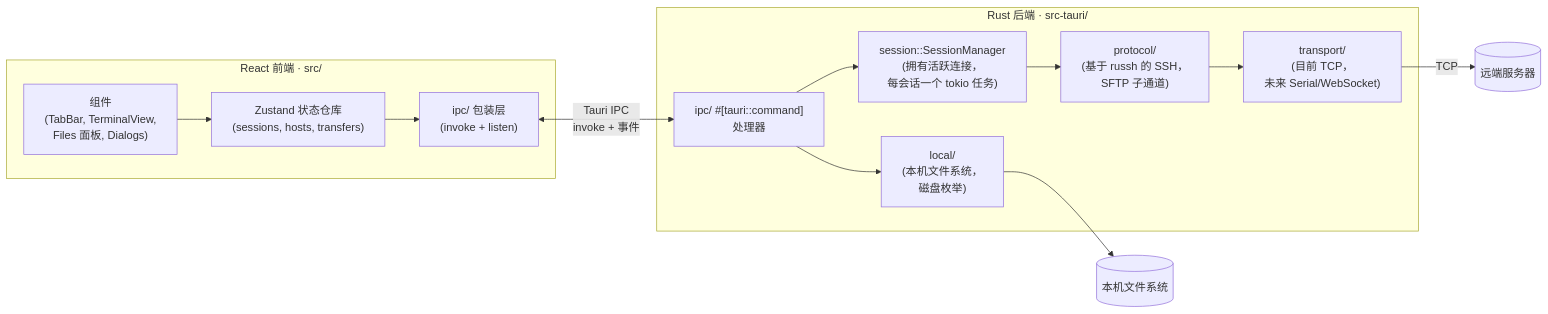
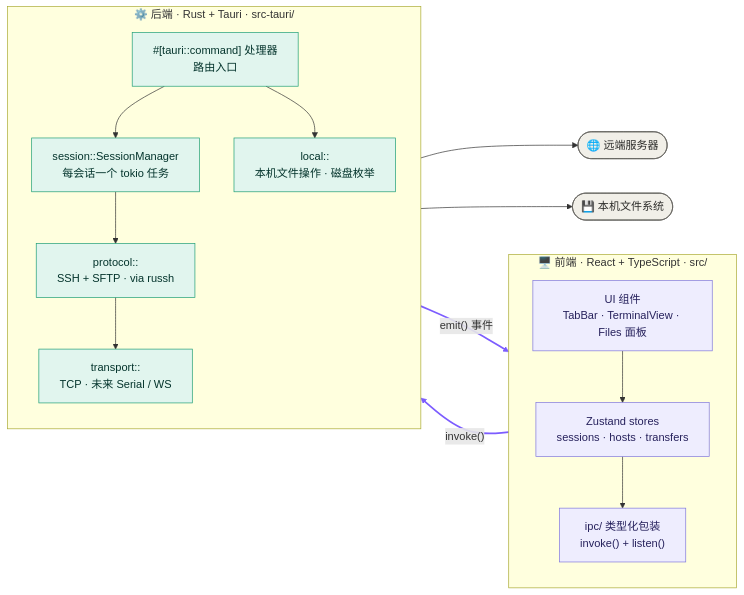
Before and after one commit to Clarence404/shellx: the diagram in README.zh-CN.md, drawn with Mermaid. The commit also changed 1 other file, not shown here.

Commit message:
docs: redesign architecture diagram — two-column LR layout with bold IPC channel
Previous diagram had the frontend and backend as loose subgraphs with
crisscrossing edges (Cmds → Session, Cmds → Local, Session → Proto, …),
and the Tauri IPC boundary was a single ambiguous bidirectional line
labeled "invoke + events".

New layout:
- Two side-by-side columns — Frontend on the left, Backend on the right.
- Backend collapses to a single-source-of-truth spine: Cmd → SessionManager
  → protocol → transport, with local:: as a Cmd-driven side branch.
- Tauri IPC boundary is now two separate purple thick arrows: invoke() going
  right (frontend → backend), emit() events going left (backend → frontend).
  Reading order matches the call semantics for someone new to Tauri.
- External resources (remote server, host filesystem) sit as stadium nodes
  at the bottom, visually detached from the internal layers.
- Color coding: purple = frontend, green = backend, gray = external.
  Applied via classDef so GitHub renders it in both light and dark themes.

Same diagram in both README.md and README.zh-CN.md per the bilingual
pair rule.

````diff
--- a/README.zh-CN.md
+++ b/README.zh-CN.md
@@ -27,26 +27,39 @@
 ```mermaid
 flowchart LR
-  subgraph Frontend["React 前端 · src/"]
-    UI["组件<br/>(TabBar, TerminalView,<br/>Files 面板, Dialogs)"]
-    Store["Zustand 状态仓库<br/>(sessions, hosts, transfers)"]
-    IPC["ipc/ 包装层<br/>(invoke + listen)"]
+  subgraph FE ["🖥️ 前端 · React + TypeScript · src/"]
+    direction TB
+    UI["UI 组件<br/>TabBar · TerminalView · Files 面板"]
+    Store["Zustand stores<br/>sessions · hosts · transfers"]
+    Wrap["ipc/ 类型化包装<br/>invoke() + listen()"]
+    UI --> Store --> Wrap
   end
 
-  subgraph Backend["Rust 后端 · src-tauri/"]
-    Cmds["ipc/ #[tauri::command]<br/>处理器"]
-    Session["session::SessionManager<br/>(拥有活跃连接，<br/>每会话一个 tokio 任务)"]
-    Proto["protocol/<br/>(基于 russh 的 SSH，<br/>SFTP 子通道)"]
-    Transp["transport/<br/>(目前 TCP，<br/>未来 Serial/WebSocket)"]
-    Local["local/<br/>(本机文件系统，<br/>磁盘枚举)"]
+  Wrap ==>|"invoke()"| Cmd
+  Cmd ==>|"emit() 事件"| Wrap
+
+  subgraph BE ["⚙️ 后端 · Rust + Tauri · src-tauri/"]
+    direction TB
+    Cmd["#[tauri::command] 处理器<br/>路由入口"]
+    Sm["session::SessionManager<br/>每会话一个 tokio 任务"]
+    Loc["local::<br/>本机文件操作 · 磁盘枚举"]
+    Prot["protocol::<br/>SSH + SFTP · via russh"]
+    Tr["transport::<br/>TCP · 未来 Serial / WS"]
+    Cmd --> Sm
+    Cmd --> Loc
+    Sm --> Prot
+    Prot --> Tr
   end
 
-  UI --> Store
-  Store --> IPC
-  IPC <-->|Tauri IPC<br/>invoke + 事件| Cmds
-  Cmds --> Session
-  Cmds --> Local
-  Session --> Proto
-  Proto --> Transp
-  Transp -->|TCP| Network[("远端服务器")]
-  Local --> FS[("本机文件系统")]
+  Tr --> Net(["🌐 远端服务器"])
+  Loc --> Fs(["💾 本机文件系统"])
+
+  classDef feBox fill:#EEEDFE,stroke:#7F77DD,color:#26215C
+  classDef beBox fill:#E1F5EE,stroke:#1D9E75,color:#04342C
+  classDef extBox fill:#F1EFE8,stroke:#5F5E5A,color:#2C2C2A
+
+  class UI,Store,Wrap feBox
+  class Cmd,Sm,Loc,Prot,Tr beBox
+  class Net,Fs extBox
+
+  linkStyle 2,3 stroke:#7c5cff,stroke-width:2.5px
 ```
````
